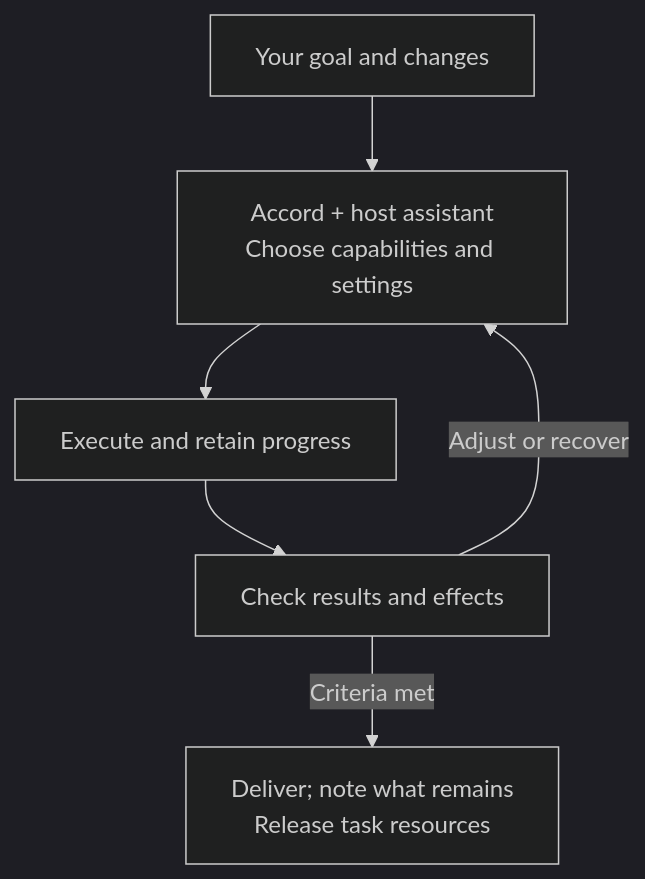
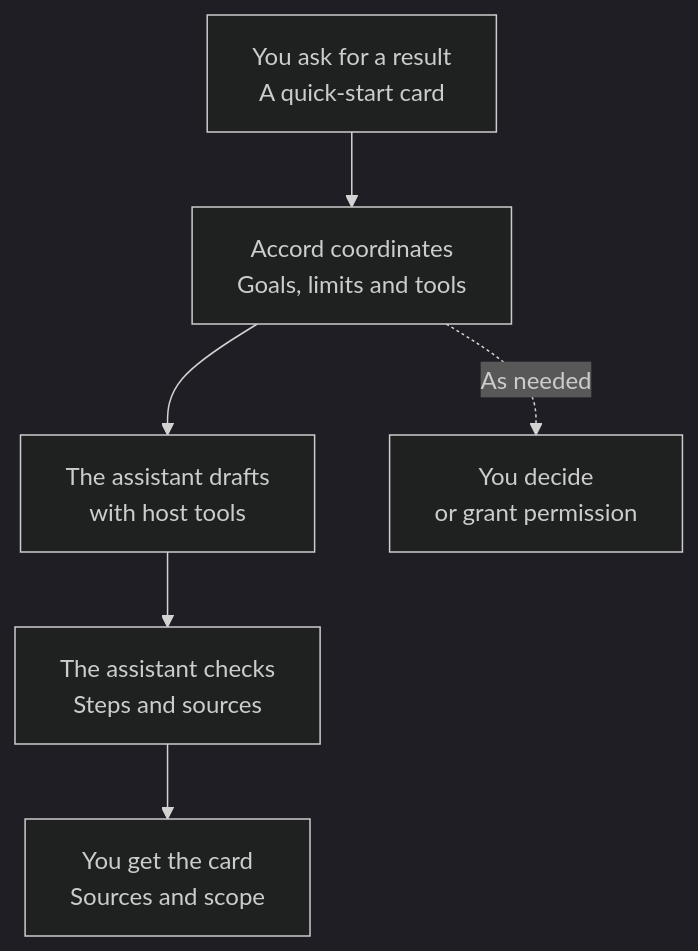
The diagram in README.md (yiheng8023/YIYUAN-Accord), drawn with Mermaid (dark theme) before and after one commit. The commit also changed other lines of this file and 15 other files, not shown here.

````diff
--- a/README.md
+++ b/README.md
@@ -51,8 +27,8 @@
 ```mermaid
 flowchart TD
-    U["Your goal and changes"] --> A["Accord + host assistant<br/>Choose capabilities and settings"]
-    A --> E["Execute and retain progress"]
-    E --> V["Check results and effects"]
-    V -->|Adjust or recover| A
-    V -->|Criteria met| R["Deliver; note what remains<br/>Release task resources"]
+    U["You ask for a result<br/>A quick-start card"] --> A["Accord coordinates<br/>Goals, limits and tools"]
+    A --> H["The assistant drafts<br/>with host tools"]
+    H --> V["The assistant checks<br/>Steps and sources"]
+    V --> R["You get the card<br/>Sources and scope"]
+    A -. As needed .-> Q["You decide<br/>or grant permission"]
 ```
````
